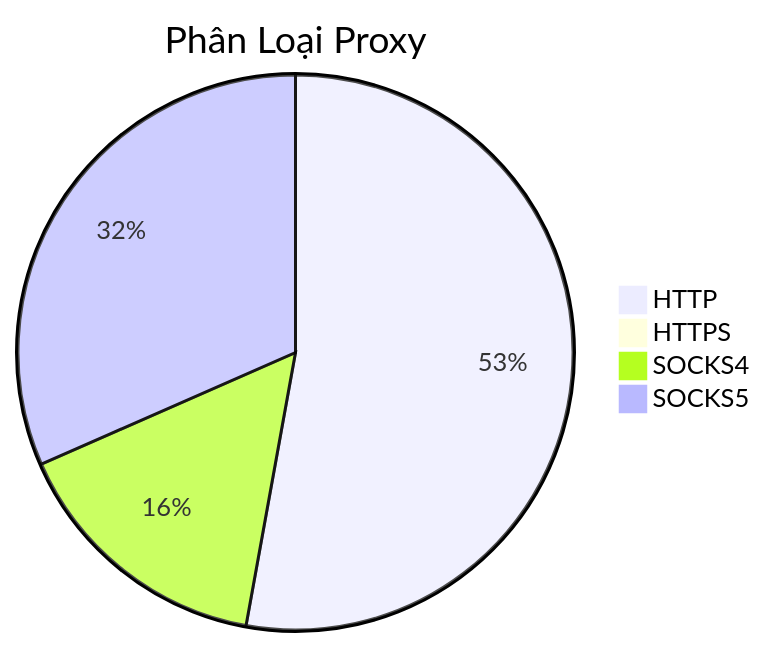
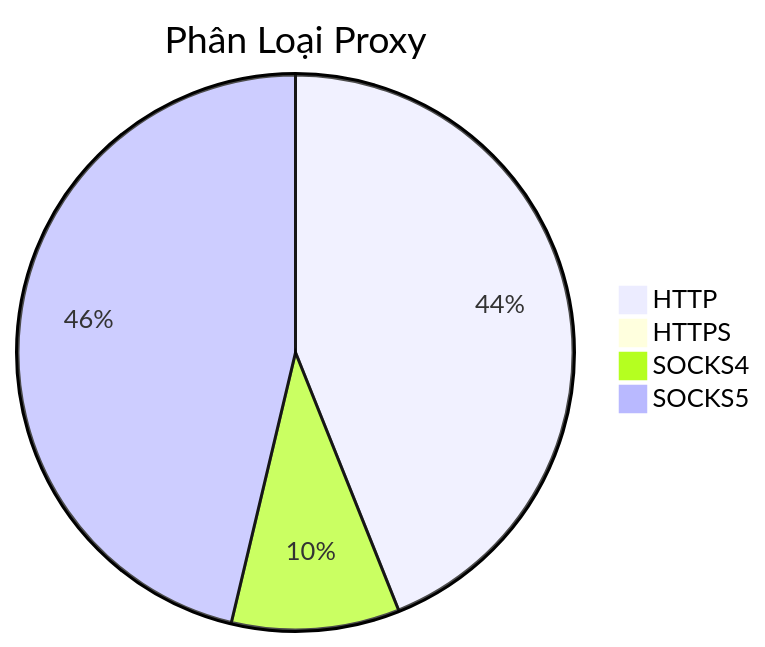
The diagram in README.md (Ciara-12/PROXY-free), drawn with Mermaid before and after one commit. The commit also changed other lines of this file and 4 other files, not shown here.

````diff
--- a/README.md
+++ b/README.md
@@ -26,7 +26,7 @@
 ```mermaid
 pie title Phân Loại Proxy
-    "HTTP" : 1362
-    "HTTPS" : 0
-    "SOCKS4" : 401
-    "SOCKS5" : 814
+    "HTTP" : 1349
+    "HTTPS" : 1
+    "SOCKS4" : 300
+    "SOCKS5" : 1421
 ```
````
